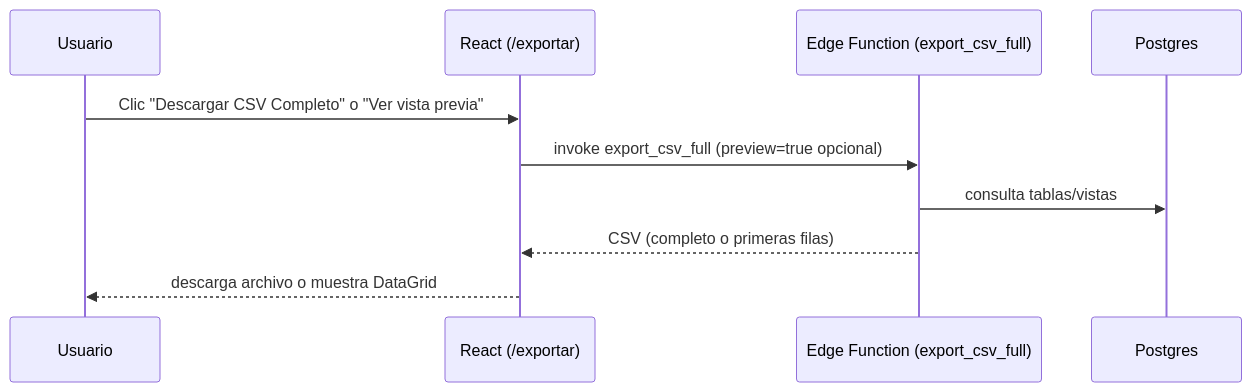
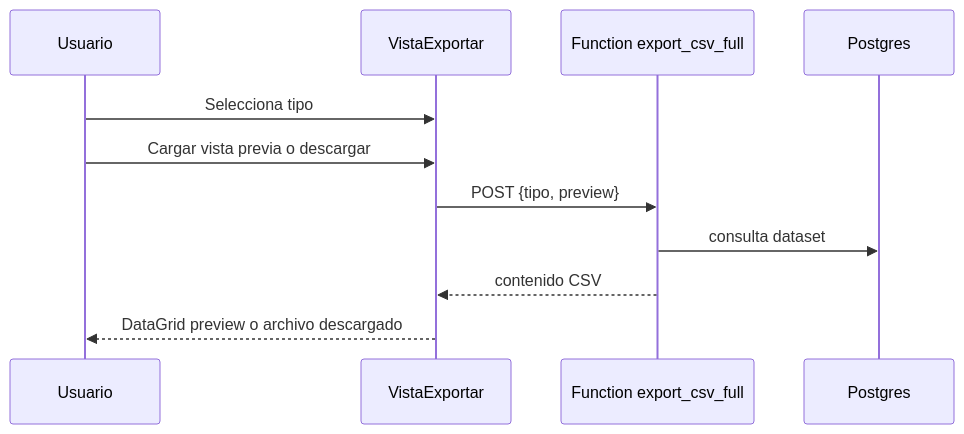
One commit to jhojan16/UESvalle-Sistema-de-Gestion changed the sixth of 8 diagrams in docs/diagramas.md. Above: the diagram before and after it, drawn with Mermaid. The commit also changed other lines of this file and 7 other files, not shown here.

````diff
--- a/docs/diagramas.md
+++ b/docs/diagramas.md
@@ -69,13 +137,14 @@
 ```mermaid
 sequenceDiagram
   participant U as Usuario
-  participant SPA as React (/exportar)
-  participant Edge as Edge Function (export_csv_full)
+  participant UI as VistaExportar
+  participant F as Function export_csv_full
   participant DB as Postgres
 
-  U->>SPA: Clic "Descargar CSV Completo" o "Ver vista previa"
-  SPA->>Edge: invoke export_csv_full (preview=true opcional)
-  Edge->>DB: consulta tablas/vistas
-  Edge-->>SPA: CSV (completo o primeras filas)
-  SPA-->>U: descarga archivo o muestra DataGrid
+  U->>UI: Selecciona tipo
+  U->>UI: Cargar vista previa o descargar
+  UI->>F: POST {tipo, preview}
+  F->>DB: consulta dataset
+  F-->>UI: contenido CSV
+  UI-->>U: DataGrid preview o archivo descargado
 ```
````
